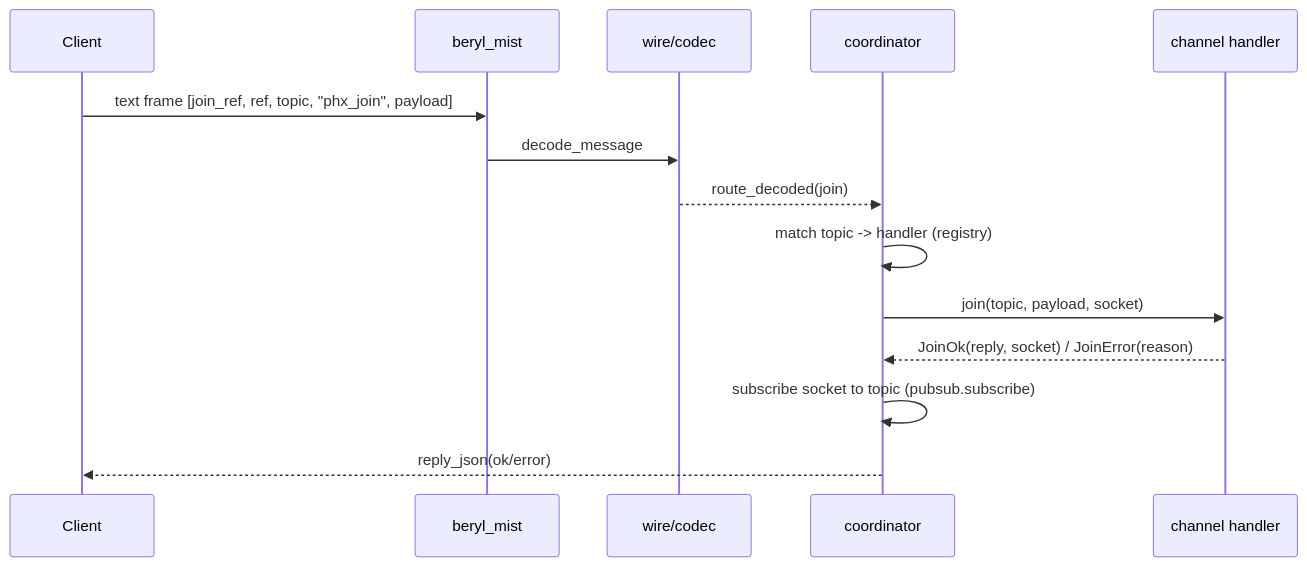
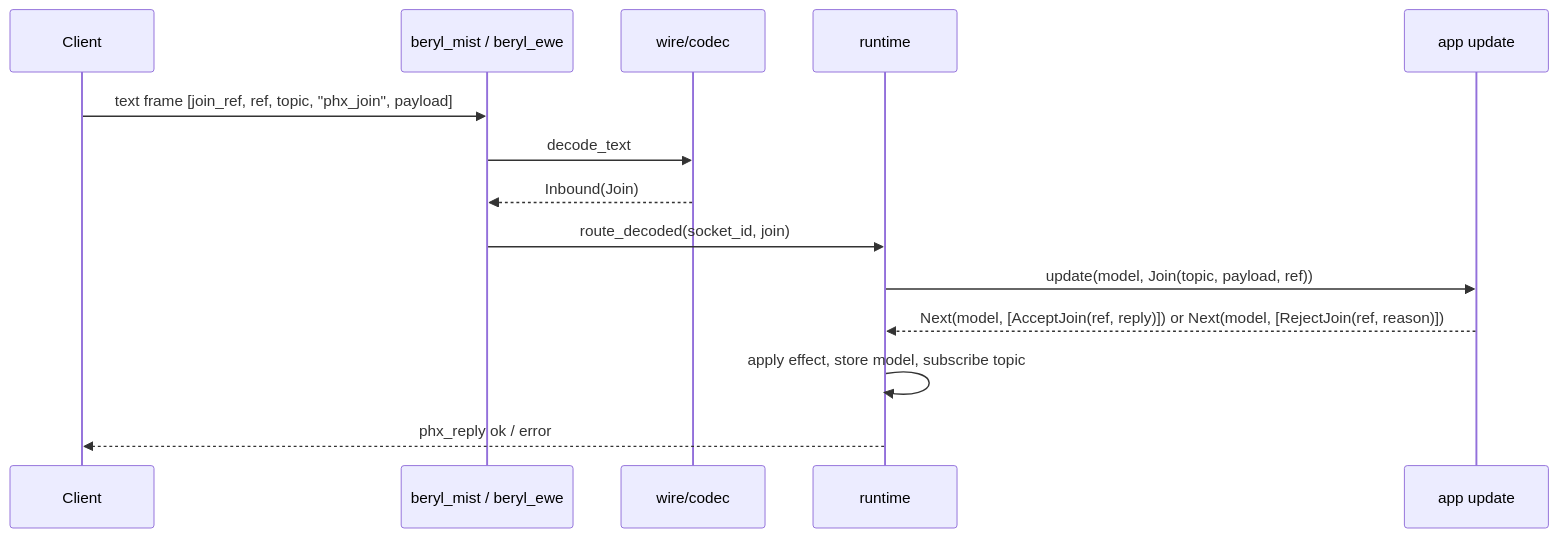
Before and after one commit to tylerbutler/beryl: the second of 5 diagrams in website/src/content/docs/architecture/message-lifecycle.md, drawn with Mermaid. The commit also changed other lines of this file and 52 other files, not shown here.

````diff
--- a/website/src/content/docs/architecture/message-lifecycle.md
+++ b/website/src/content/docs/architecture/message-lifecycle.md
@@ -26,16 +31,16 @@
 ```mermaid
 sequenceDiagram
   participant Client
-  participant Mist as beryl_mist
+  participant Transport as beryl_mist / beryl_ewe
   participant Wire as wire/codec
-  participant Coord as coordinator
-  participant Ch as channel handler
-  Client->>Mist: text frame [join_ref, ref, topic, "phx_join", payload]
-  Mist->>Wire: decode_message
-  Wire-->>Coord: route_decoded(join)
-  Coord->>Coord: match topic -> handler (registry)
-  Coord->>Ch: join(topic, payload, socket)
-  Ch-->>Coord: JoinOk(reply, socket) / JoinError(reason)
-  Coord->>Coord: subscribe socket to topic (pubsub.subscribe)
-  Coord-->>Client: reply_json(ok/error)
+  participant Runtime as runtime
+  participant App as app update
+  Client->>Transport: text frame [join_ref, ref, topic, "phx_join", payload]
+  Transport->>Wire: decode_text
+  Wire-->>Transport: Inbound(Join)
+  Transport->>Runtime: route_decoded(socket_id, join)
+  Runtime->>App: update(model, Join(topic, payload, ref))
+  App-->>Runtime: Next(model, [AcceptJoin(ref, reply)]) or Next(model, [RejectJoin(ref, reason)])
+  Runtime->>Runtime: apply effect, store model, subscribe topic
+  Runtime-->>Client: phx_reply ok / error
 ```
````
